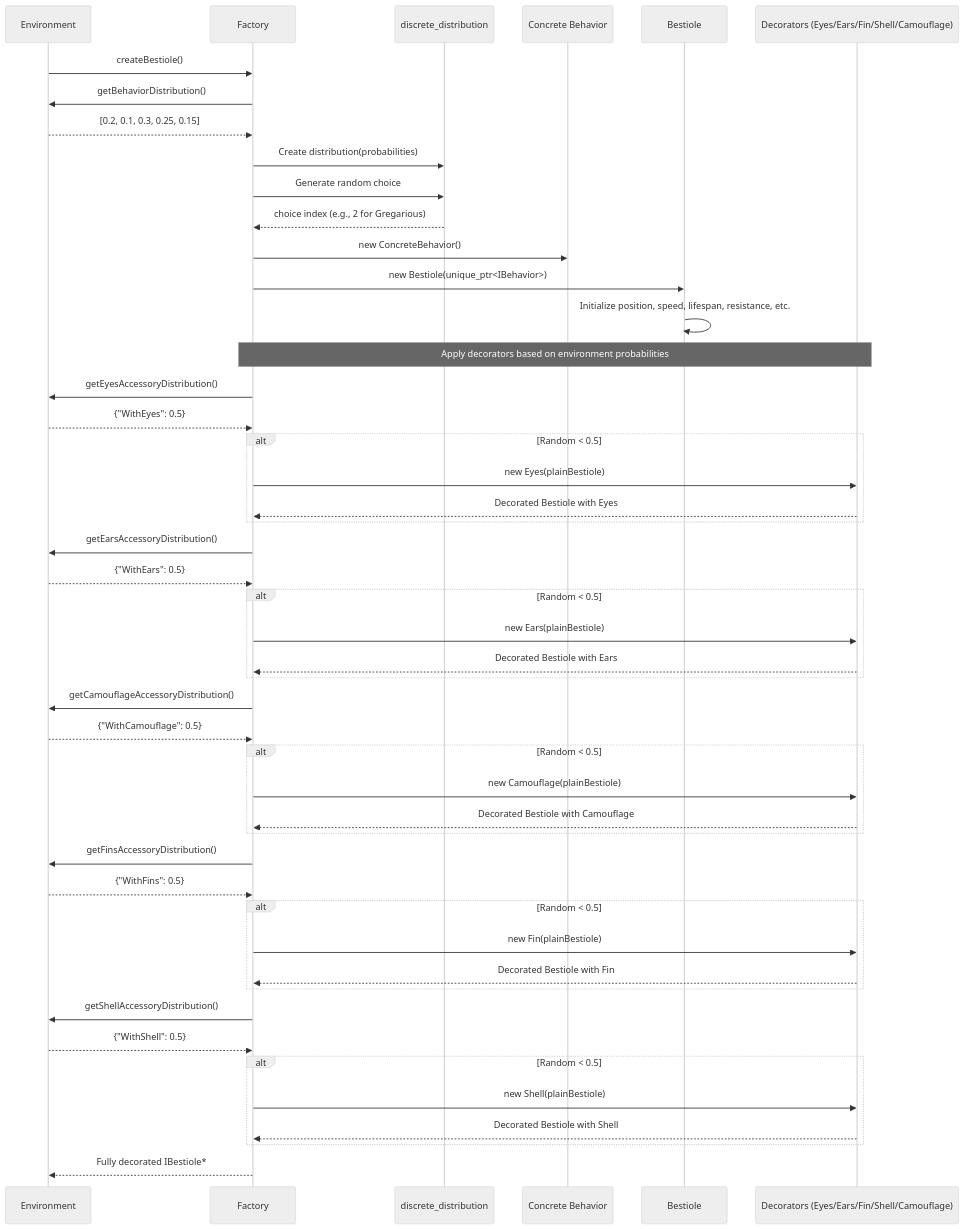
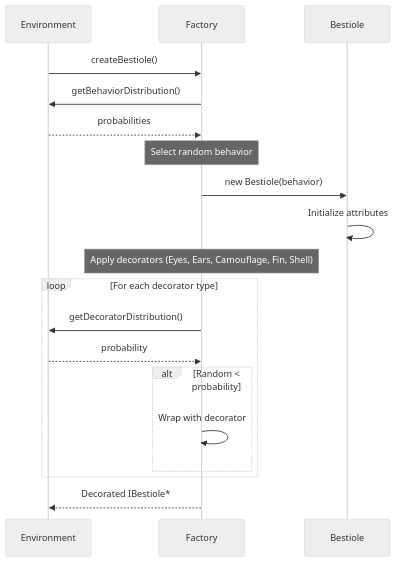
One commit to AloisHasNeurons/BestiolesEcosystem changed the diagram in docs/uml/factory-creation.md. Above: the diagram before and after it, drawn with Mermaid (neutral theme). The commit also changed other lines of this file and 4 other files, not shown here.

Commit message:
Simplify sequence diagrams to fit on one slide

````diff
--- a/docs/uml/factory-creation.md
+++ b/docs/uml/factory-creation.md
@@ -5,60 +5,25 @@
 ```mermaid
 sequenceDiagram
     participant E as Environment
     participant F as Factory
-    participant D as discrete_distribution
-    participant Bh as Concrete Behavior
     participant B as Bestiole
-    participant Dec as Decorators (Eyes/Ears/Fin/Shell/Camouflage)
 
     E->>F: createBestiole()
     F->>E: getBehaviorDistribution()
-    E-->>F: [0.2, 0.1, 0.3, 0.25, 0.15]
+    E-->>F: probabilities
     
-    F->>D: Create distribution(probabilities)
-    F->>D: Generate random choice
-    D-->>F: choice index (e.g., 2 for Gregarious)
+    Note over F: Select random behavior
+    F->>B: new Bestiole(behavior)
+    B->>B: Initialize attributes
     
-    F->>Bh: new ConcreteBehavior()
-    F->>B: new Bestiole(unique_ptr<IBehavior>)
-    B->>B: Initialize position, speed, lifespan, resistance, etc.
-    
-    Note over F,Dec: Apply decorators based on environment probabilities
-    
-    F->>E: getEyesAccessoryDistribution()
-    E-->>F: {"WithEyes": 0.5}
-    alt Random < 0.5
-        F->>Dec: new Eyes(plainBestiole)
-        Dec-->>F: Decorated Bestiole with Eyes
+    Note over F: Apply decorators (Eyes, Ears, Camouflage, Fin, Shell)
+    loop For each decorator type
+        F->>E: getDecoratorDistribution()
+        E-->>F: probability
+        alt Random < probability
+            F->>F: Wrap with decorator
+        end
     end
     
-    F->>E: getEarsAccessoryDistribution()
-    E-->>F: {"WithEars": 0.5}
-    alt Random < 0.5
-        F->>Dec: new Ears(plainBestiole)
-        Dec-->>F: Decorated Bestiole with Ears
-    end
-    
-    F->>E: getCamouflageAccessoryDistribution()
-    E-->>F: {"WithCamouflage": 0.5}
-    alt Random < 0.5
-        F->>Dec: new Camouflage(plainBestiole)
-        Dec-->>F: Decorated Bestiole with Camouflage
-    end
-    
-    F->>E: getFinsAccessoryDistribution()
-    E-->>F: {"WithFins": 0.5}
-    alt Random < 0.5
-        F->>Dec: new Fin(plainBestiole)
-        Dec-->>F: Decorated Bestiole with Fin
-    end
-    
-    F->>E: getShellAccessoryDistribution()
-    E-->>F: {"WithShell": 0.5}
-    alt Random < 0.5
-        F->>Dec: new Shell(plainBestiole)
-        Dec-->>F: Decorated Bestiole with Shell
-    end
-    
-    F-->>E: Fully decorated IBestiole*
+    F-->>E: Decorated IBestiole*
 ```
````
